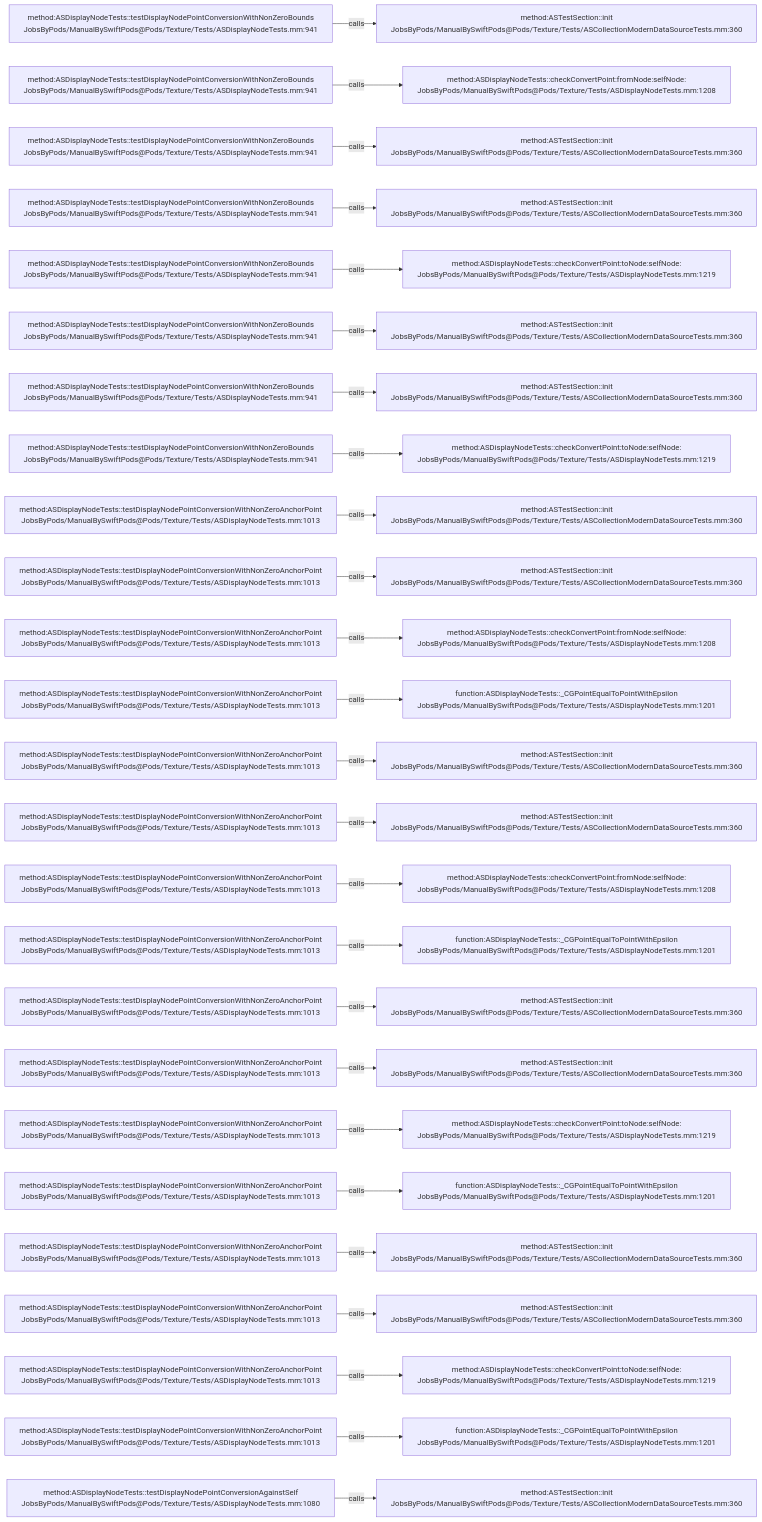
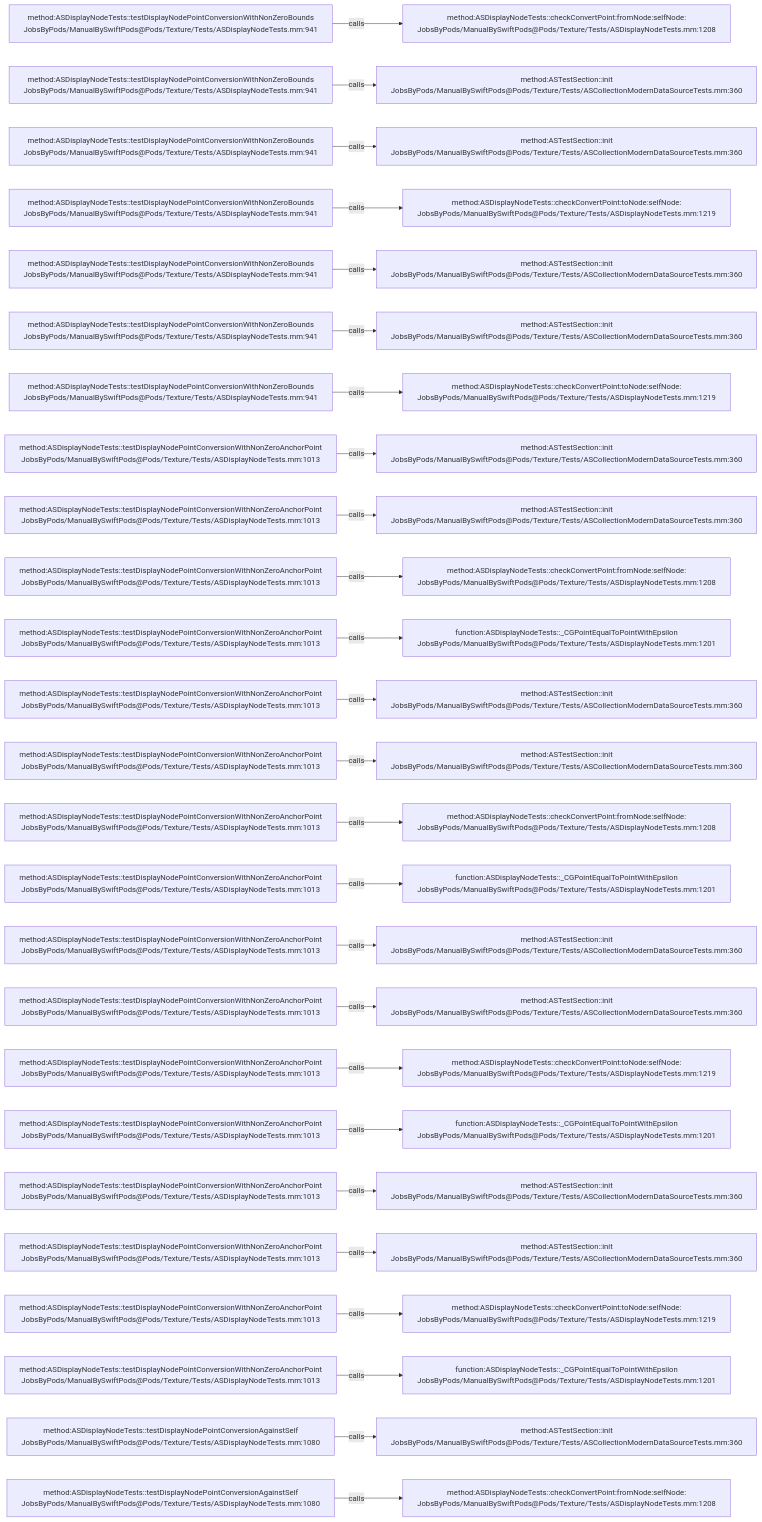
The diagram in .codegraph/codegraph.md/graphs/calls-189.md (JobsKits/JobsSwiftBaseConfigDemo), drawn with Mermaid before and after one commit. The commit also changed 747 other files, not shown here.

````diff
--- a/.codegraph/codegraph.md/graphs/calls-189.md
+++ b/.codegraph/codegraph.md/graphs/calls-189.md
@@ -13,78 +13,78 @@
 ```mermaid
 flowchart LR
   S1["method:ASDisplayNodeTests::testDisplayNodePointConversionWithNonZeroBounds<br/>JobsByPods/ManualBySwiftPods@Pods/Texture/Tests/ASDisplayNodeTests.mm:941"]
-  T1["method:ASTestSection::init<br/>JobsByPods/ManualBySwiftPods@Pods/Texture/Tests/ASCollectionModernDataSourceTests.mm:360"]
+  T1["method:ASDisplayNodeTests::checkConvertPoint:fromNode:selfNode:<br/>JobsByPods/ManualBySwiftPods@Pods/Texture/Tests/ASDisplayNodeTests.mm:1208"]
   S1 -->|calls| T1
   S2["method:ASDisplayNodeTests::testDisplayNodePointConversionWithNonZeroBounds<br/>JobsByPods/ManualBySwiftPods@Pods/Texture/Tests/ASDisplayNodeTests.mm:941"]
-  T2["method:ASDisplayNodeTests::checkConvertPoint:fromNode:selfNode:<br/>JobsByPods/ManualBySwiftPods@Pods/Texture/Tests/ASDisplayNodeTests.mm:1208"]
+  T2["method:ASTestSection::init<br/>JobsByPods/ManualBySwiftPods@Pods/Texture/Tests/ASCollectionModernDataSourceTests.mm:360"]
   S2 -->|calls| T2
   S3["method:ASDisplayNodeTests::testDisplayNodePointConversionWithNonZeroBounds<br/>JobsByPods/ManualBySwiftPods@Pods/Texture/Tests/ASDisplayNodeTests.mm:941"]
   T3["method:ASTestSection::init<br/>JobsByPods/ManualBySwiftPods@Pods/Texture/Tests/ASCollectionModernDataSourceTests.mm:360"]
   S3 -->|calls| T3
   S4["method:ASDisplayNodeTests::testDisplayNodePointConversionWithNonZeroBounds<br/>JobsByPods/ManualBySwiftPods@Pods/Texture/Tests/ASDisplayNodeTests.mm:941"]
-  T4["method:ASTestSection::init<br/>JobsByPods/ManualBySwiftPods@Pods/Texture/Tests/ASCollectionModernDataSourceTests.mm:360"]
+  T4["method:ASDisplayNodeTests::checkConvertPoint:toNode:selfNode:<br/>JobsByPods/ManualBySwiftPods@Pods/Texture/Tests/ASDisplayNodeTests.mm:1219"]
   S4 -->|calls| T4
   S5["method:ASDisplayNodeTests::testDisplayNodePointConversionWithNonZeroBounds<br/>JobsByPods/ManualBySwiftPods@Pods/Texture/Tests/ASDisplayNodeTests.mm:941"]
-  T5["method:ASDisplayNodeTests::checkConvertPoint:toNode:selfNode:<br/>JobsByPods/ManualBySwiftPods@Pods/Texture/Tests/ASDisplayNodeTests.mm:1219"]
+  T5["method:ASTestSection::init<br/>JobsByPods/ManualBySwiftPods@Pods/Texture/Tests/ASCollectionModernDataSourceTests.mm:360"]
   S5 -->|calls| T5
   S6["method:ASDisplayNodeTests::testDisplayNodePointConversionWithNonZeroBounds<br/>JobsByPods/ManualBySwiftPods@Pods/Texture/Tests/ASDisplayNodeTests.mm:941"]
   T6["method:ASTestSection::init<br/>JobsByPods/ManualBySwiftPods@Pods/Texture/Tests/ASCollectionModernDataSourceTests.mm:360"]
   S6 -->|calls| T6
   S7["method:ASDisplayNodeTests::testDisplayNodePointConversionWithNonZeroBounds<br/>JobsByPods/ManualBySwiftPods@Pods/Texture/Tests/ASDisplayNodeTests.mm:941"]
-  T7["method:ASTestSection::init<br/>JobsByPods/ManualBySwiftPods@Pods/Texture/Tests/ASCollectionModernDataSourceTests.mm:360"]
+  T7["method:ASDisplayNodeTests::checkConvertPoint:toNode:selfNode:<br/>JobsByPods/ManualBySwiftPods@Pods/Texture/Tests/ASDisplayNodeTests.mm:1219"]
   S7 -->|calls| T7
-  S8["method:ASDisplayNodeTests::testDisplayNodePointConversionWithNonZeroBounds<br/>JobsByPods/ManualBySwiftPods@Pods/Texture/Tests/ASDisplayNodeTests.mm:941"]
-  T8["method:ASDisplayNodeTests::checkConvertPoint:toNode:selfNode:<br/>JobsByPods/ManualBySwiftPods@Pods/Texture/Tests/ASDisplayNodeTests.mm:1219"]
+  S8["method:ASDisplayNodeTests::testDisplayNodePointConversionWithNonZeroAnchorPoint<br/>JobsByPods/ManualBySwiftPods@Pods/Texture/Tests/ASDisplayNodeTests.mm:1013"]
+  T8["method:ASTestSection::init<br/>JobsByPods/ManualBySwiftPods@Pods/Texture/Tests/ASCollectionModernDataSourceTests.mm:360"]
   S8 -->|calls| T8
   S9["method:ASDisplayNodeTests::testDisplayNodePointConversionWithNonZeroAnchorPoint<br/>JobsByPods/ManualBySwiftPods@Pods/Texture/Tests/ASDisplayNodeTests.mm:1013"]
   T9["method:ASTestSection::init<br/>JobsByPods/ManualBySwiftPods@Pods/Texture/Tests/ASCollectionModernDataSourceTests.mm:360"]
   S9 -->|calls| T9
   S10["method:ASDisplayNodeTests::testDisplayNodePointConversionWithNonZeroAnchorPoint<br/>JobsByPods/ManualBySwiftPods@Pods/Texture/Tests/ASDisplayNodeTests.mm:1013"]
-  T10["method:ASTestSection::init<br/>JobsByPods/ManualBySwiftPods@Pods/Texture/Tests/ASCollectionModernDataSourceTests.mm:360"]
+  T10["method:ASDisplayNodeTests::checkConvertPoint:fromNode:selfNode:<br/>JobsByPods/ManualBySwiftPods@Pods/Texture/Tests/ASDisplayNodeTests.mm:1208"]
   S10 -->|calls| T10
   S11["method:ASDisplayNodeTests::testDisplayNodePointConversionWithNonZeroAnchorPoint<br/>JobsByPods/ManualBySwiftPods@Pods/Texture/Tests/ASDisplayNodeTests.mm:1013"]
-  T11["method:ASDisplayNodeTests::checkConvertPoint:fromNode:selfNode:<br/>JobsByPods/ManualBySwiftPods@Pods/Texture/Tests/ASDisplayNodeTests.mm:1208"]
+  T11["function:ASDisplayNodeTests::_CGPointEqualToPointWithEpsilon<br/>JobsByPods/ManualBySwiftPods@Pods/Texture/Tests/ASDisplayNodeTests.mm:1201"]
   S11 -->|calls| T11
   S12["method:ASDisplayNodeTests::testDisplayNodePointConversionWithNonZeroAnchorPoint<br/>JobsByPods/ManualBySwiftPods@Pods/Texture/Tests/ASDisplayNodeTests.mm:1013"]
-  T12["function:ASDisplayNodeTests::_CGPointEqualToPointWithEpsilon<br/>JobsByPods/ManualBySwiftPods@Pods/Texture/Tests/ASDisplayNodeTests.mm:1201"]
+  T12["method:ASTestSection::init<br/>JobsByPods/ManualBySwiftPods@Pods/Texture/Tests/ASCollectionModernDataSourceTests.mm:360"]
   S12 -->|calls| T12
   S13["method:ASDisplayNodeTests::testDisplayNodePointConversionWithNonZeroAnchorPoint<br/>JobsByPods/ManualBySwiftPods@Pods/Texture/Tests/ASDisplayNodeTests.mm:1013"]
   T13["method:ASTestSection::init<br/>JobsByPods/ManualBySwiftPods@Pods/Texture/Tests/ASCollectionModernDataSourceTests.mm:360"]
   S13 -->|calls| T13
   S14["method:ASDisplayNodeTests::testDisplayNodePointConversionWithNonZeroAnchorPoint<br/>JobsByPods/ManualBySwiftPods@Pods/Texture/Tests/ASDisplayNodeTests.mm:1013"]
-  T14["method:ASTestSection::init<br/>JobsByPods/ManualBySwiftPods@Pods/Texture/Tests/ASCollectionModernDataSourceTests.mm:360"]
+  T14["method:ASDisplayNodeTests::checkConvertPoint:fromNode:selfNode:<br/>JobsByPods/ManualBySwiftPods@Pods/Texture/Tests/ASDisplayNodeTests.mm:1208"]
   S14 -->|calls| T14
   S15["method:ASDisplayNodeTests::testDisplayNodePointConversionWithNonZeroAnchorPoint<br/>JobsByPods/ManualBySwiftPods@Pods/Texture/Tests/ASDisplayNodeTests.mm:1013"]
-  T15["method:ASDisplayNodeTests::checkConvertPoint:fromNode:selfNode:<br/>JobsByPods/ManualBySwiftPods@Pods/Texture/Tests/ASDisplayNodeTests.mm:1208"]
+  T15["function:ASDisplayNodeTests::_CGPointEqualToPointWithEpsilon<br/>JobsByPods/ManualBySwiftPods@Pods/Texture/Tests/ASDisplayNodeTests.mm:1201"]
   S15 -->|calls| T15
   S16["method:ASDisplayNodeTests::testDisplayNodePointConversionWithNonZeroAnchorPoint<br/>JobsByPods/ManualBySwiftPods@Pods/Texture/Tests/ASDisplayNodeTests.mm:1013"]
-  T16["function:ASDisplayNodeTests::_CGPointEqualToPointWithEpsilon<br/>JobsByPods/ManualBySwiftPods@Pods/Texture/Tests/ASDisplayNodeTests.mm:1201"]
+  T16["method:ASTestSection::init<br/>JobsByPods/ManualBySwiftPods@Pods/Texture/Tests/ASCollectionModernDataSourceTests.mm:360"]
   S16 -->|calls| T16
   S17["method:ASDisplayNodeTests::testDisplayNodePointConversionWithNonZeroAnchorPoint<br/>JobsByPods/ManualBySwiftPods@Pods/Texture/Tests/ASDisplayNodeTests.mm:1013"]
   T17["method:ASTestSection::init<br/>JobsByPods/ManualBySwiftPods@Pods/Texture/Tests/ASCollectionModernDataSourceTests.mm:360"]
   S17 -->|calls| T17
   S18["method:ASDisplayNodeTests::testDisplayNodePointConversionWithNonZeroAnchorPoint<br/>JobsByPods/ManualBySwiftPods@Pods/Texture/Tests/ASDisplayNodeTests.mm:1013"]
-  T18["method:ASTestSection::init<br/>JobsByPods/ManualBySwiftPods@Pods/Texture/Tests/ASCollectionModernDataSourceTests.mm:360"]
+  T18["method:ASDisplayNodeTests::checkConvertPoint:toNode:selfNode:<br/>JobsByPods/ManualBySwiftPods@Pods/Texture/Tests/ASDisplayNodeTests.mm:1219"]
   S18 -->|calls| T18
   S19["method:ASDisplayNodeTests::testDisplayNodePointConversionWithNonZeroAnchorPoint<br/>JobsByPods/ManualBySwiftPods@Pods/Texture/Tests/ASDisplayNodeTests.mm:1013"]
-  T19["method:ASDisplayNodeTests::checkConvertPoint:toNode:selfNode:<br/>JobsByPods/ManualBySwiftPods@Pods/Texture/Tests/ASDisplayNodeTests.mm:1219"]
+  T19["function:ASDisplayNodeTests::_CGPointEqualToPointWithEpsilon<br/>JobsByPods/ManualBySwiftPods@Pods/Texture/Tests/ASDisplayNodeTests.mm:1201"]
   S19 -->|calls| T19
   S20["method:ASDisplayNodeTests::testDisplayNodePointConversionWithNonZeroAnchorPoint<br/>JobsByPods/ManualBySwiftPods@Pods/Texture/Tests/ASDisplayNodeTests.mm:1013"]
-  T20["function:ASDisplayNodeTests::_CGPointEqualToPointWithEpsilon<br/>JobsByPods/ManualBySwiftPods@Pods/Texture/Tests/ASDisplayNodeTests.mm:1201"]
+  T20["method:ASTestSection::init<br/>JobsByPods/ManualBySwiftPods@Pods/Texture/Tests/ASCollectionModernDataSourceTests.mm:360"]
   S20 -->|calls| T20
   S21["method:ASDisplayNodeTests::testDisplayNodePointConversionWithNonZeroAnchorPoint<br/>JobsByPods/ManualBySwiftPods@Pods/Texture/Tests/ASDisplayNodeTests.mm:1013"]
   T21["method:ASTestSection::init<br/>JobsByPods/ManualBySwiftPods@Pods/Texture/Tests/ASCollectionModernDataSourceTests.mm:360"]
   S21 -->|calls| T21
   S22["method:ASDisplayNodeTests::testDisplayNodePointConversionWithNonZeroAnchorPoint<br/>JobsByPods/ManualBySwiftPods@Pods/Texture/Tests/ASDisplayNodeTests.mm:1013"]
-  T22["method:ASTestSection::init<br/>JobsByPods/ManualBySwiftPods@Pods/Texture/Tests/ASCollectionModernDataSourceTests.mm:360"]
+  T22["method:ASDisplayNodeTests::checkConvertPoint:toNode:selfNode:<br/>JobsByPods/ManualBySwiftPods@Pods/Texture/Tests/ASDisplayNodeTests.mm:1219"]
   S22 -->|calls| T22
   S23["method:ASDisplayNodeTests::testDisplayNodePointConversionWithNonZeroAnchorPoint<br/>JobsByPods/ManualBySwiftPods@Pods/Texture/Tests/ASDisplayNodeTests.mm:1013"]
-  T23["method:ASDisplayNodeTests::checkConvertPoint:toNode:selfNode:<br/>JobsByPods/ManualBySwiftPods@Pods/Texture/Tests/ASDisplayNodeTests.mm:1219"]
+  T23["function:ASDisplayNodeTests::_CGPointEqualToPointWithEpsilon<br/>JobsByPods/ManualBySwiftPods@Pods/Texture/Tests/ASDisplayNodeTests.mm:1201"]
   S23 -->|calls| T23
-  S24["method:ASDisplayNodeTests::testDisplayNodePointConversionWithNonZeroAnchorPoint<br/>JobsByPods/ManualBySwiftPods@Pods/Texture/Tests/ASDisplayNodeTests.mm:1013"]
-  T24["function:ASDisplayNodeTests::_CGPointEqualToPointWithEpsilon<br/>JobsByPods/ManualBySwiftPods@Pods/Texture/Tests/ASDisplayNodeTests.mm:1201"]
+  S24["method:ASDisplayNodeTests::testDisplayNodePointConversionAgainstSelf<br/>JobsByPods/ManualBySwiftPods@Pods/Texture/Tests/ASDisplayNodeTests.mm:1080"]
+  T24["method:ASTestSection::init<br/>JobsByPods/ManualBySwiftPods@Pods/Texture/Tests/ASCollectionModernDataSourceTests.mm:360"]
   S24 -->|calls| T24
   S25["method:ASDisplayNodeTests::testDisplayNodePointConversionAgainstSelf<br/>JobsByPods/ManualBySwiftPods@Pods/Texture/Tests/ASDisplayNodeTests.mm:1080"]
-  T25["method:ASTestSection::init<br/>JobsByPods/ManualBySwiftPods@Pods/Texture/Tests/ASCollectionModernDataSourceTests.mm:360"]
+  T25["method:ASDisplayNodeTests::checkConvertPoint:fromNode:selfNode:<br/>JobsByPods/ManualBySwiftPods@Pods/Texture/Tests/ASDisplayNodeTests.mm:1208"]
   S25 -->|calls| T25
 ```
````
